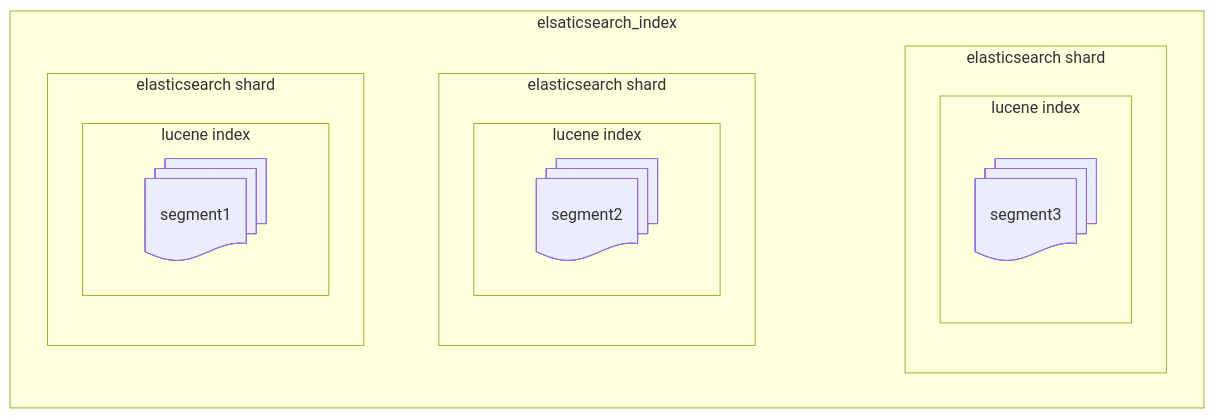
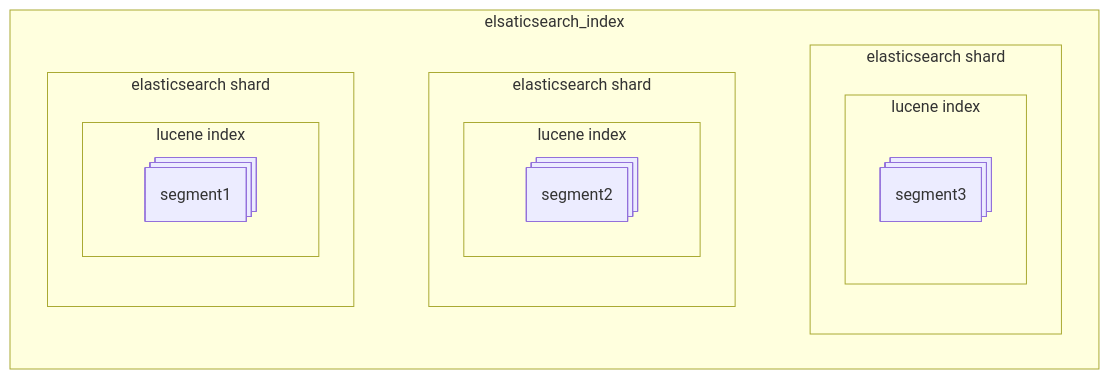
Before and after one commit to kyungrae/study: the second of 5 diagrams in elasticsearch/readme.md, drawn with Mermaid. The commit also changed other lines of this file, not shown here.

Commit message:
[Elasticsearch] 인덱스 설계1

````diff
--- a/elasticsearch/readme.md
+++ b/elasticsearch/readme.md
@@ -68,22 +72,22 @@
 ```mermaid
 flowchart
   subgraph elsaticsearch_index
     direction LR  
     subgraph elasticsearch_shard1[elasticsearch shard]
       subgraph lucene_index1[lucene index]
-        segment1@{ shape: docs, label: "segment1" }
+        segment1@{ shape: procs, label: "segment1" }
       end
     end
     subgraph elasticsearch_shard2[elasticsearch shard]
       subgraph lucene_index2[lucene index]
-        segment2@{ shape: docs, label: "segment2" }
+        segment2@{ shape: procs, label: "segment2" }
       end
     end
     subgraph elasticsearch_shard3[elasticsearch shard]
       subgraph lucene_index3[lucene index]
-        segment3@{ shape: docs, label: "segment3" }
+        segment3@{ shape: procs, label: "segment3" }
       end
     end
-   elasticsearch_shard1 ~~~ elasticsearch_shard2 ~~~~ elasticsearch_shard3
+   elasticsearch_shard1 ~~~ elasticsearch_shard2 ~~~ elasticsearch_shard3
   end
 ```
````
